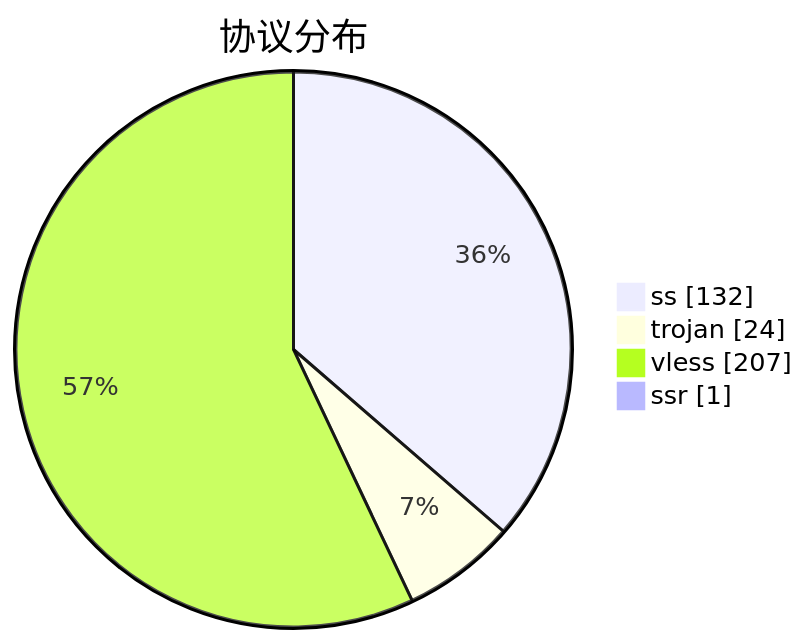
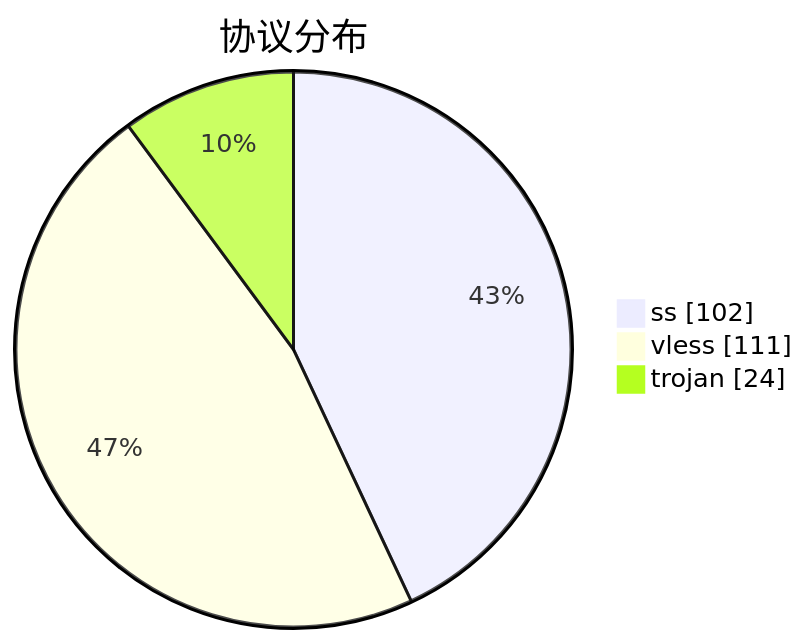
The third of 3 diagrams in subs/statistics/tested_within.md (qjlxg/airport), drawn with Mermaid before and after one commit. The commit also changed other lines of this file and 2 other files, not shown here.

````diff
--- a/subs/statistics/tested_within.md
+++ b/subs/statistics/tested_within.md
@@ -44,8 +38,7 @@
 ```mermaid
 pie showData
 title 协议分布
-"ss" : 132
+"ss" : 102
+"vless" : 111
 "trojan" : 24
-"vless" : 207
-"ssr" : 1
 ```
````
